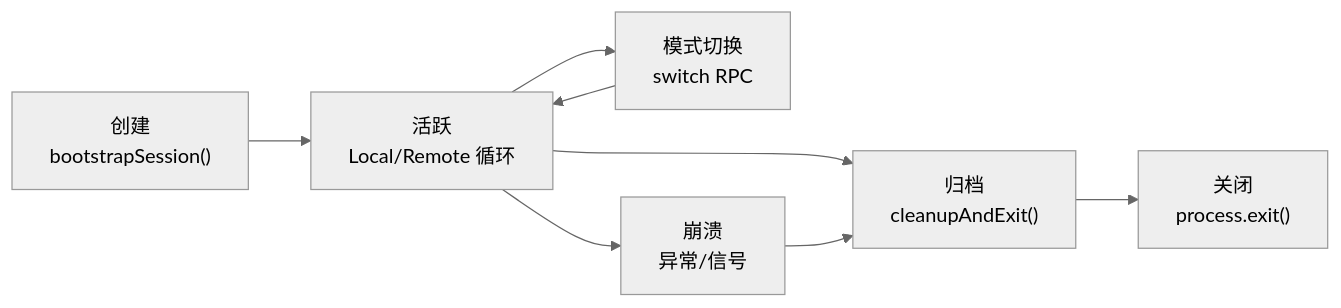
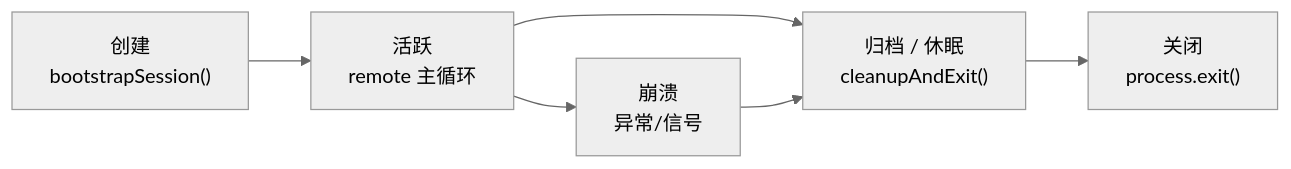
The fifth of 7 diagrams in docs/architecture/cli/commands/claude/README.md (ModuBit/mobi), drawn with Mermaid (neutral theme) before and after one commit. The commit also changed other lines of this file and 96 other files, not shown here.

````diff
--- a/docs/architecture/cli/commands/claude/README.md
+++ b/docs/architecture/cli/commands/claude/README.md
@@ -235,11 +185,9 @@
 ```mermaid
 flowchart LR
-    Create["创建<br/>bootstrapSession()"] --> Active["活跃<br/>Local/Remote 循环"]
-    Active --> Switch["模式切换<br/>switch RPC"]
-    Switch --> Active
-    Active --> Archive["归档<br/>cleanupAndExit()"]
+    Create["创建<br/>bootstrapSession()"] --> Active["活跃<br/>remote 主循环"]
+    Active --> Archive["归档 / 休眠<br/>cleanupAndExit()"]
     Archive --> Close["关闭<br/>process.exit()"]
 
     Active --> Crash["崩溃<br/>异常/信号"]
     Crash --> Archive
 ```
````
